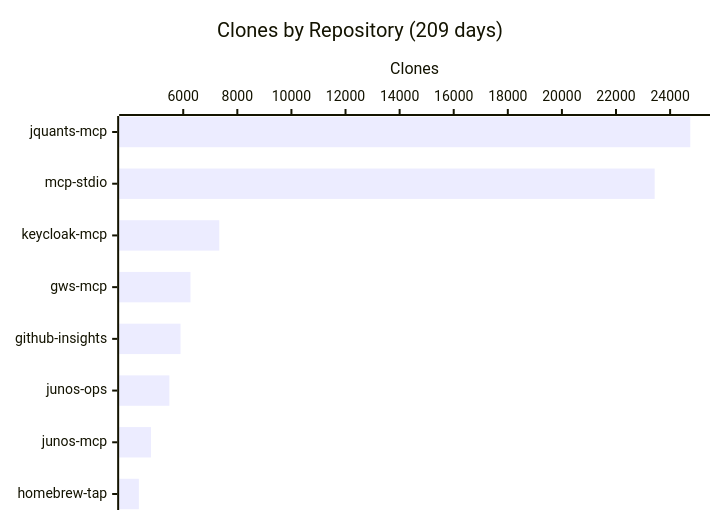
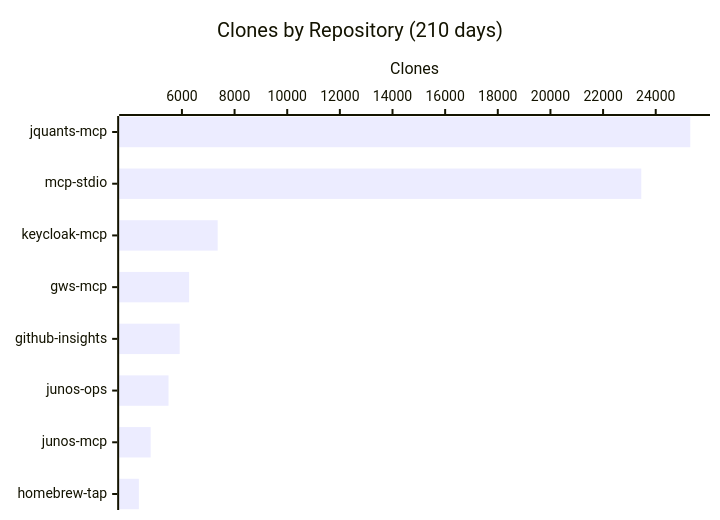
The fourth of 4 diagrams in README.md (shigechika/github-insights), drawn with Mermaid before and after one commit. The commit also changed other lines of this file and 2 other files, not shown here.

````diff
--- a/README.md
+++ b/README.md
@@ -58,7 +58,7 @@
 ```mermaid
 xychart-beta horizontal
-    title "Clones by Repository (209 days)"
+    title "Clones by Repository (210 days)"
     x-axis ["jquants-mcp", "mcp-stdio", "keycloak-mcp", "gws-mcp", "github-insights", "junos-ops", "junos-mcp", "homebrew-tap"]
     y-axis "Clones"
-    bar [24745, 23430, 7332, 6268, 5900, 5488, 4808, 4361]
+    bar [25312, 23451, 7358, 6273, 5915, 5490, 4813, 4365]
 ```
````
